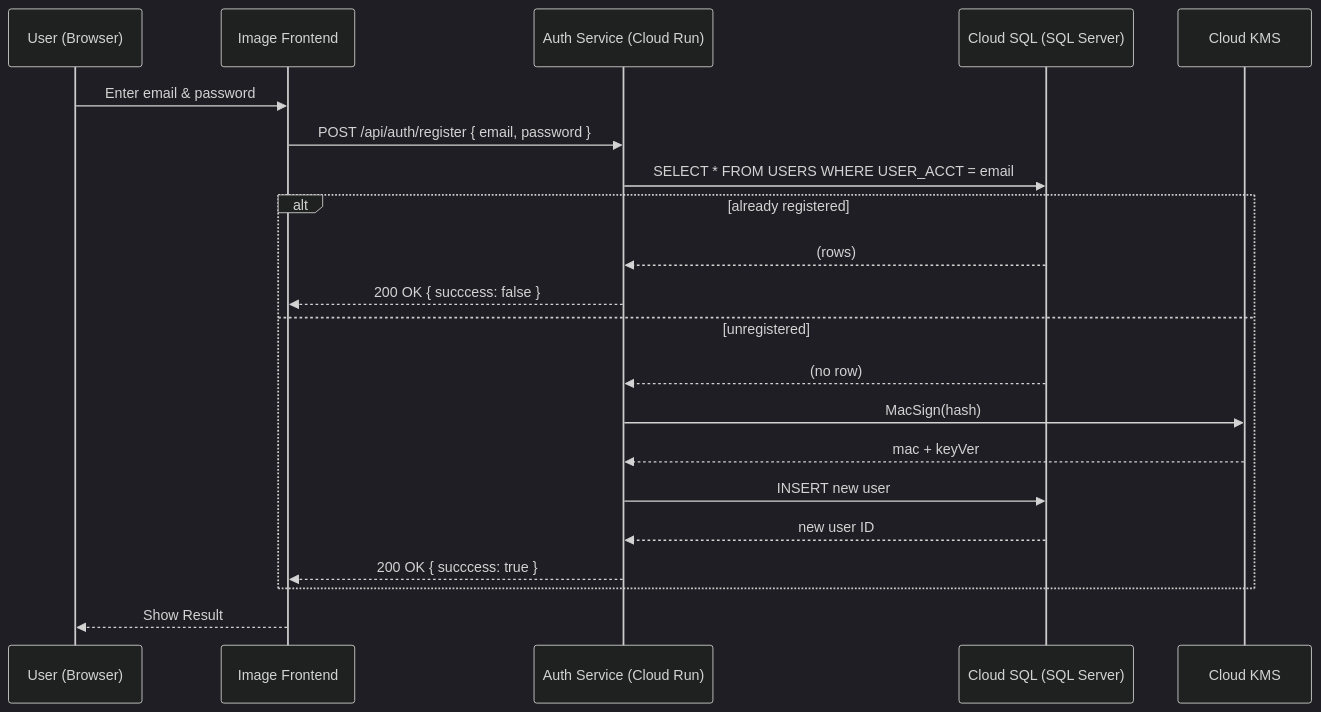
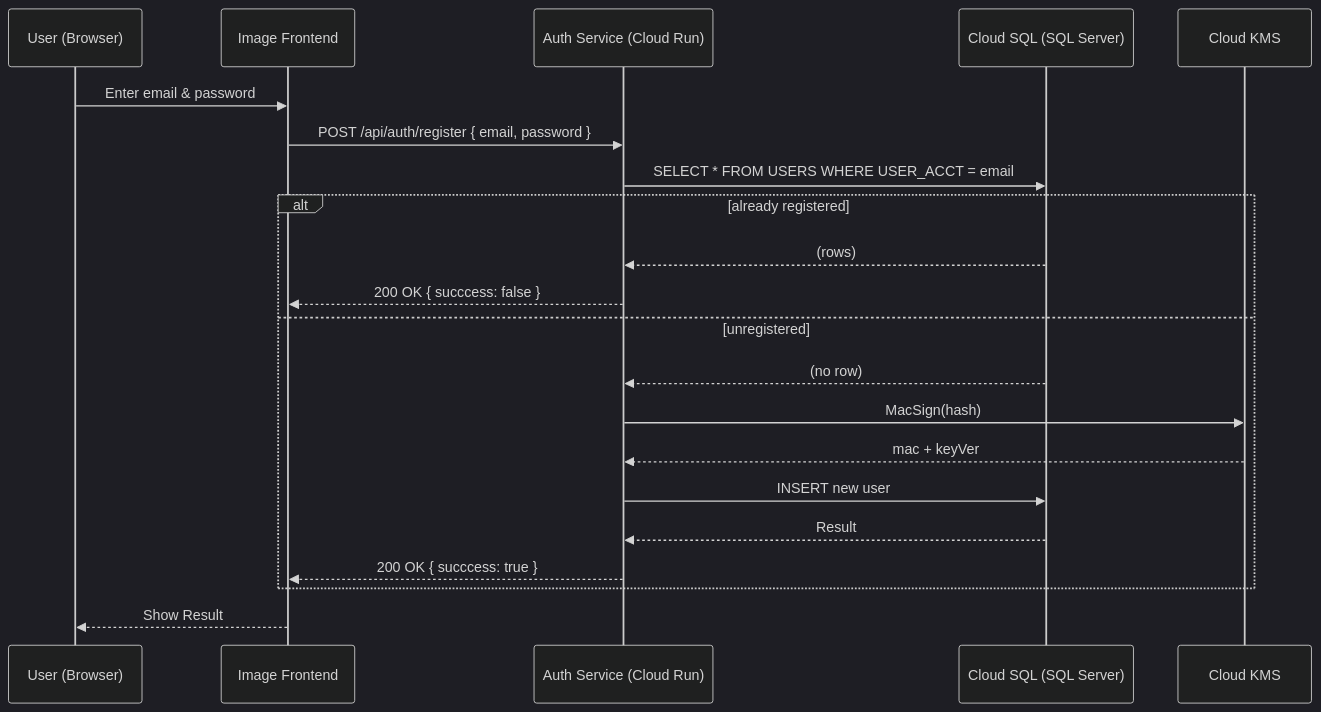
One commit to jo3wait/gcp-auth-service changed the diagram in AuthService.API/register.md. Above: the diagram before and after it, drawn with Mermaid (dark theme). The commit also changed 3 other files, not shown here.

````diff
--- a/AuthService.API/register.md
+++ b/AuthService.API/register.md
@@ -1,23 +1,23 @@
 ```mermaid
 sequenceDiagram
     participant U as User (Browser)
     participant NG as Image Frontend
     participant AUTH as Auth Service (Cloud Run)
     participant DB as Cloud SQL (SQL Server)
     participant KMS as Cloud KMS
     U->>NG: Enter email & password
     NG->>AUTH: POST /api/auth/register { email, password }
     AUTH->>DB: SELECT * FROM USERS WHERE USER_ACCT = email
     alt already registered
     DB-->>AUTH: (rows)
     AUTH-->>NG: 200 OK { succcess: false }
     else unregistered
     DB-->>AUTH: (no row)
     AUTH->>KMS: MacSign(hash)
     KMS-->>AUTH: mac + keyVer
     AUTH->>DB: INSERT new user
-    DB-->>AUTH: new user ID
+    DB-->>AUTH: Result
     AUTH-->>NG: 200 OK { succcess: true }
     end
     NG-->>U: Show Result
 ```
````
